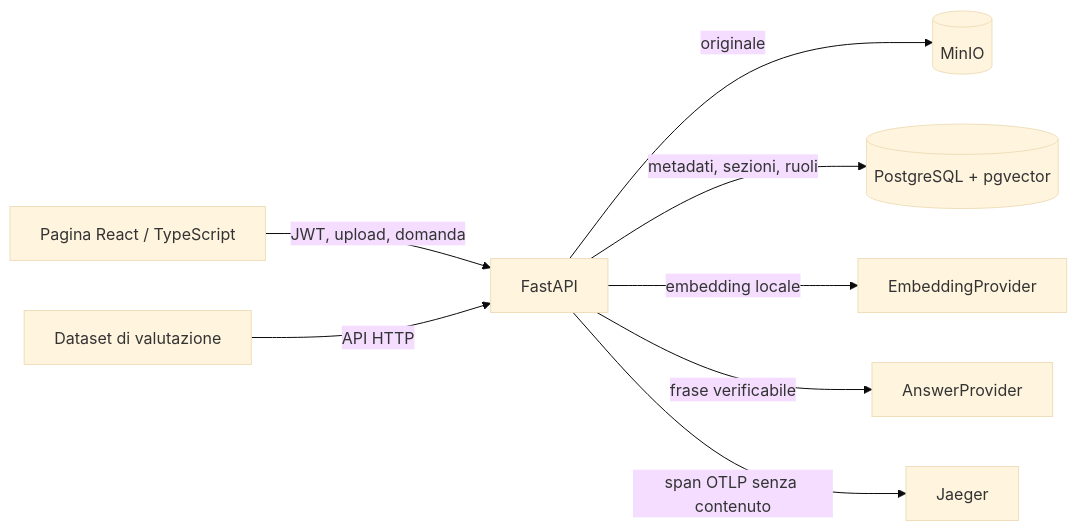
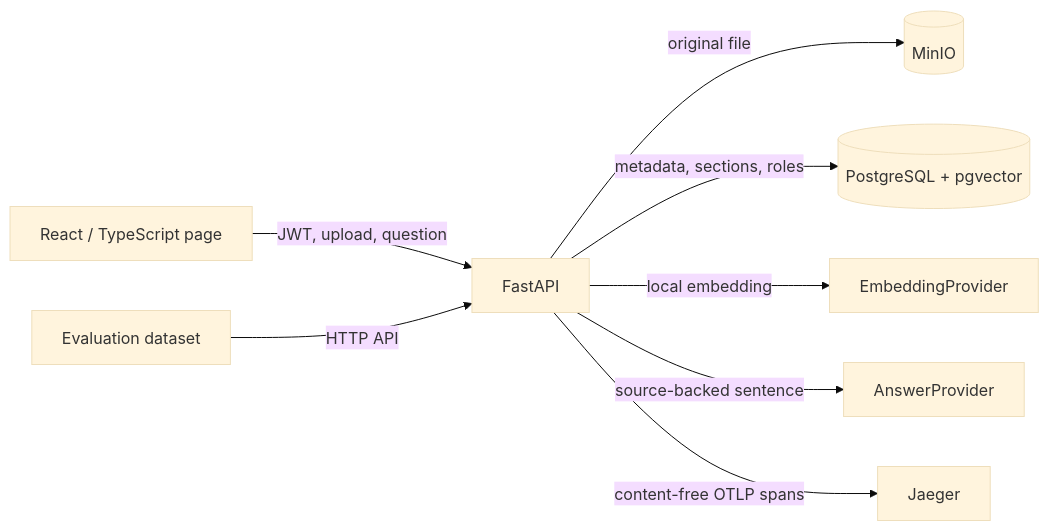
One commit to DonaldDaz/enterprise-knowledge-assistant changed the diagram in docs/architecture.md. Above: the diagram before and after it, drawn with Mermaid (base theme). The commit also changed other lines of this file and 14 other files, not shown here.

````diff
--- a/docs/architecture.md
+++ b/docs/architecture.md
@@ -3,10 +3,10 @@
 ```mermaid
 flowchart LR
-    Browser[Pagina React / TypeScript] -->|JWT, upload, domanda| API[FastAPI]
-    API -->|originale| MinIO[(MinIO)]
-    API -->|metadati, sezioni, ruoli| PG[(PostgreSQL + pgvector)]
-    API -->|embedding locale| EP[EmbeddingProvider]
-    API -->|frase verificabile| AP[AnswerProvider]
-    API -->|span OTLP senza contenuto| Jaeger[Jaeger]
-    Eval[Dataset di valutazione] -->|API HTTP| API
+    Browser[React / TypeScript page] -->|JWT, upload, question| API[FastAPI]
+    API -->|original file| MinIO[(MinIO)]
+    API -->|metadata, sections, roles| PG[(PostgreSQL + pgvector)]
+    API -->|local embedding| EP[EmbeddingProvider]
+    API -->|source-backed sentence| AP[AnswerProvider]
+    API -->|content-free OTLP spans| Jaeger[Jaeger]
+    Eval[Evaluation dataset] -->|HTTP API| API
 ```
````
